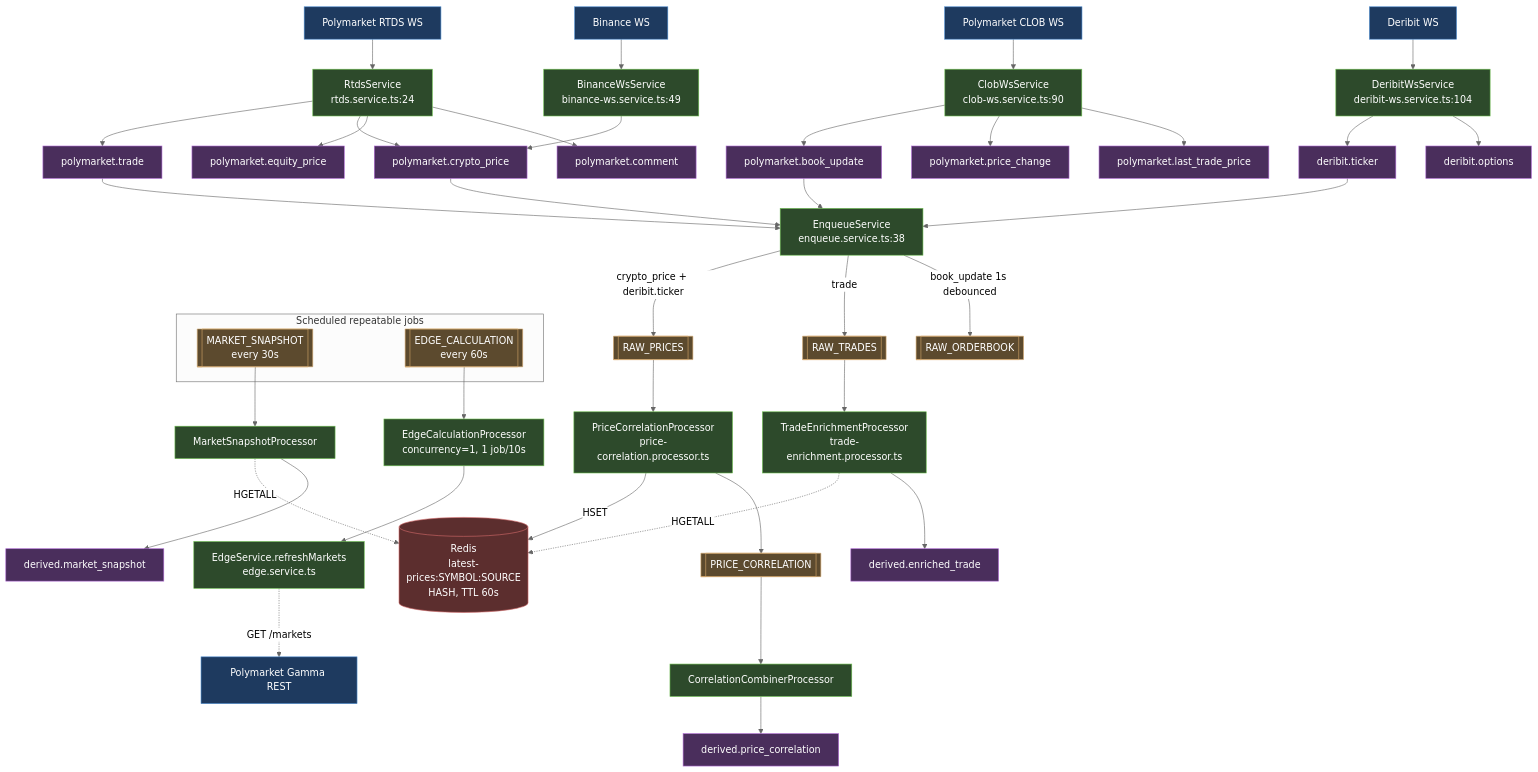
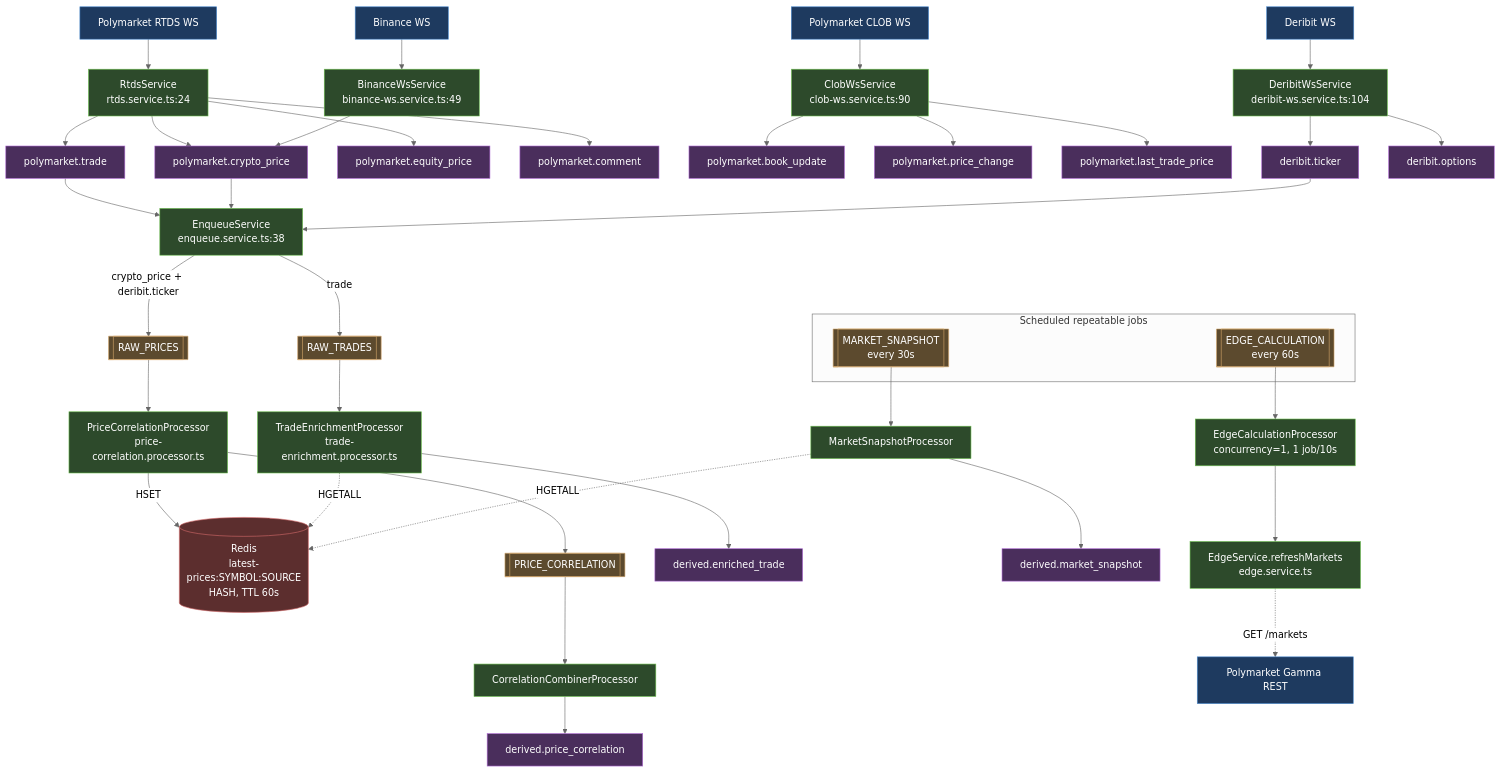
One commit to robbert0/polymarket-trading-2 changed the second of 5 diagrams in docs/data-flow.md. Above: the diagram before and after it, drawn with Mermaid (neutral theme). The commit also changed other lines of this file and 4 other files, not shown here.

Commit message:
Remove `RAW_ORDERBOOK` queue and related logic; rework `positions:open` cache initialization with atomic rehydration from Postgres.

```diff
--- a/docs/data-flow.md
+++ b/docs/data-flow.md
@@ -94,15 +94,12 @@
   EV_PT --> EnqSvc
   EV_PCP --> EnqSvc
   EV_DT --> EnqSvc
-  EV_PBU --> EnqSvc
 
   RP[[RAW_PRICES]]:::q
   RT[[RAW_TRADES]]:::q
-  RO[[RAW_ORDERBOOK]]:::q
 
   EnqSvc -->|crypto_price + deribit.ticker| RP
   EnqSvc -->|trade| RT
-  EnqSvc -->|book_update 1s debounced| RO
 
   PCP[PriceCorrelationProcessor<br/>price-correlation.processor.ts]:::svc
   TEP[TradeEnrichmentProcessor<br/>trade-enrichment.processor.ts]:::svc
```
